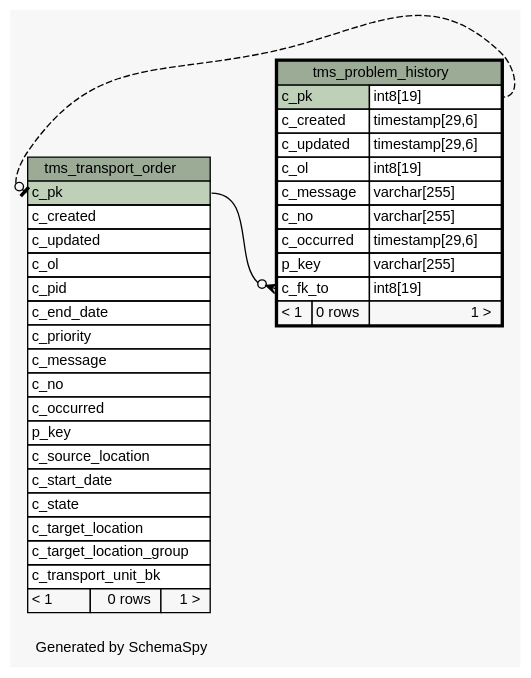
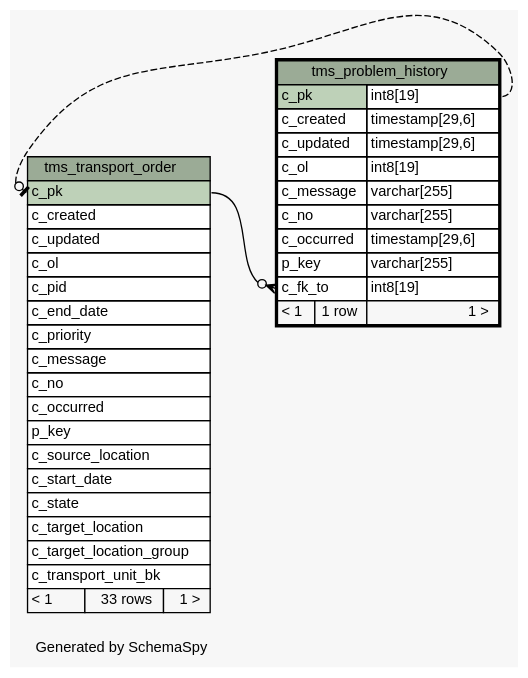
Before and after one commit to openwms/org.openwms.tms.transportation: the diagram in 1.4.0-SNAPSHOT/schemaspy/diagrams/tms_problem_history.implied2degrees.dot, drawn with Graphviz. The commit also changed 462 other files, not shown here.

```diff
--- a/1.4.0-SNAPSHOT/schemaspy/diagrams/tms_problem_history.implied2degrees.dot
+++ b/1.4.0-SNAPSHOT/schemaspy/diagrams/tms_problem_history.implied2degrees.dot
@@ -1,68 +1,68 @@
 // dot 2.36.0 on Linux 4.4.0-101-generic
 // SchemaSpy rev Unknown
 digraph "impliedTwoDegreesRelationshipsDiagram" {
   graph [
     rankdir="RL"
     bgcolor="#f7f7f7"
     label="\nGenerated by SchemaSpy"
     labeljust="l"
     nodesep="0.18"
     ranksep="0.46"
     fontname="Helvetica"
     fontsize="11"
   ];
   node [
     fontname="Helvetica"
     fontsize="11"
     shape="plaintext"
   ];
   edge [
     arrowsize="0.8"
   ];
   "tms_problem_history":"c_fk_to":w -> "tms_transport_order":"c_pk":e [arrowhead=none dir=back arrowtail=crowodot];
   "tms_transport_order":"c_pk":w -> "tms_problem_history":"c_pk.type":e [arrowhead=none dir=back arrowtail=teeodot style=dashed];
   "tms_problem_history" [
     label=<
     <TABLE BORDER="2" CELLBORDER="1" CELLSPACING="0" BGCOLOR="#ffffff">
       <TR><TD COLSPAN="3" BGCOLOR="#9bab96" ALIGN="CENTER">tms_problem_history</TD></TR>
       <TR><TD PORT="c_pk" COLSPAN="2" BGCOLOR="#bed1b8" ALIGN="LEFT">c_pk</TD><TD PORT="c_pk.type" ALIGN="LEFT">int8[19]</TD></TR>
       <TR><TD PORT="c_created" COLSPAN="2" ALIGN="LEFT">c_created</TD><TD PORT="c_created.type" ALIGN="LEFT">timestamp[29,6]</TD></TR>
       <TR><TD PORT="c_updated" COLSPAN="2" ALIGN="LEFT">c_updated</TD><TD PORT="c_updated.type" ALIGN="LEFT">timestamp[29,6]</TD></TR>
       <TR><TD PORT="c_ol" COLSPAN="2" ALIGN="LEFT">c_ol</TD><TD PORT="c_ol.type" ALIGN="LEFT">int8[19]</TD></TR>
       <TR><TD PORT="c_message" COLSPAN="2" ALIGN="LEFT">c_message</TD><TD PORT="c_message.type" ALIGN="LEFT">varchar[255]</TD></TR>
       <TR><TD PORT="c_no" COLSPAN="2" ALIGN="LEFT">c_no</TD><TD PORT="c_no.type" ALIGN="LEFT">varchar[255]</TD></TR>
       <TR><TD PORT="c_occurred" COLSPAN="2" ALIGN="LEFT">c_occurred</TD><TD PORT="c_occurred.type" ALIGN="LEFT">timestamp[29,6]</TD></TR>
       <TR><TD PORT="p_key" COLSPAN="2" ALIGN="LEFT">p_key</TD><TD PORT="p_key.type" ALIGN="LEFT">varchar[255]</TD></TR>
       <TR><TD PORT="c_fk_to" COLSPAN="2" ALIGN="LEFT">c_fk_to</TD><TD PORT="c_fk_to.type" ALIGN="LEFT">int8[19]</TD></TR>
-      <TR><TD ALIGN="LEFT" BGCOLOR="#f7f7f7">&lt; 1</TD><TD ALIGN="RIGHT" BGCOLOR="#f7f7f7">0 rows</TD><TD ALIGN="RIGHT" BGCOLOR="#f7f7f7">1 &gt;</TD></TR>
+      <TR><TD ALIGN="LEFT" BGCOLOR="#f7f7f7">&lt; 1</TD><TD ALIGN="RIGHT" BGCOLOR="#f7f7f7">1 row</TD><TD ALIGN="RIGHT" BGCOLOR="#f7f7f7">1 &gt;</TD></TR>
     </TABLE>>
     URL="tms_problem_history.html"
     tooltip="tms_problem_history"
   ];
   "tms_transport_order" [
     label=<
     <TABLE BORDER="0" CELLBORDER="1" CELLSPACING="0" BGCOLOR="#ffffff">
       <TR><TD COLSPAN="3" BGCOLOR="#9bab96" ALIGN="CENTER">tms_transport_order</TD></TR>
       <TR><TD PORT="c_pk" COLSPAN="3" BGCOLOR="#bed1b8" ALIGN="LEFT">c_pk</TD></TR>
       <TR><TD PORT="c_created" COLSPAN="3" ALIGN="LEFT">c_created</TD></TR>
       <TR><TD PORT="c_updated" COLSPAN="3" ALIGN="LEFT">c_updated</TD></TR>
       <TR><TD PORT="c_ol" COLSPAN="3" ALIGN="LEFT">c_ol</TD></TR>
       <TR><TD PORT="c_pid" COLSPAN="3" ALIGN="LEFT">c_pid</TD></TR>
       <TR><TD PORT="c_end_date" COLSPAN="3" ALIGN="LEFT">c_end_date</TD></TR>
       <TR><TD PORT="c_priority" COLSPAN="3" ALIGN="LEFT">c_priority</TD></TR>
       <TR><TD PORT="c_message" COLSPAN="3" ALIGN="LEFT">c_message</TD></TR>
       <TR><TD PORT="c_no" COLSPAN="3" ALIGN="LEFT">c_no</TD></TR>
       <TR><TD PORT="c_occurred" COLSPAN="3" ALIGN="LEFT">c_occurred</TD></TR>
       <TR><TD PORT="p_key" COLSPAN="3" ALIGN="LEFT">p_key</TD></TR>
       <TR><TD PORT="c_source_location" COLSPAN="3" ALIGN="LEFT">c_source_location</TD></TR>
       <TR><TD PORT="c_start_date" COLSPAN="3" ALIGN="LEFT">c_start_date</TD></TR>
       <TR><TD PORT="c_state" COLSPAN="3" ALIGN="LEFT">c_state</TD></TR>
       <TR><TD PORT="c_target_location" COLSPAN="3" ALIGN="LEFT">c_target_location</TD></TR>
       <TR><TD PORT="c_target_location_group" COLSPAN="3" ALIGN="LEFT">c_target_location_group</TD></TR>
       <TR><TD PORT="c_transport_unit_bk" COLSPAN="3" ALIGN="LEFT">c_transport_unit_bk</TD></TR>
-      <TR><TD ALIGN="LEFT" BGCOLOR="#f7f7f7">&lt; 1</TD><TD ALIGN="RIGHT" BGCOLOR="#f7f7f7">0 rows</TD><TD ALIGN="RIGHT" BGCOLOR="#f7f7f7">1 &gt;</TD></TR>
+      <TR><TD ALIGN="LEFT" BGCOLOR="#f7f7f7">&lt; 1</TD><TD ALIGN="RIGHT" BGCOLOR="#f7f7f7">33 rows</TD><TD ALIGN="RIGHT" BGCOLOR="#f7f7f7">1 &gt;</TD></TR>
     </TABLE>>
     URL="tms_transport_order.html"
     tooltip="tms_transport_order"
   ];
 }
```
